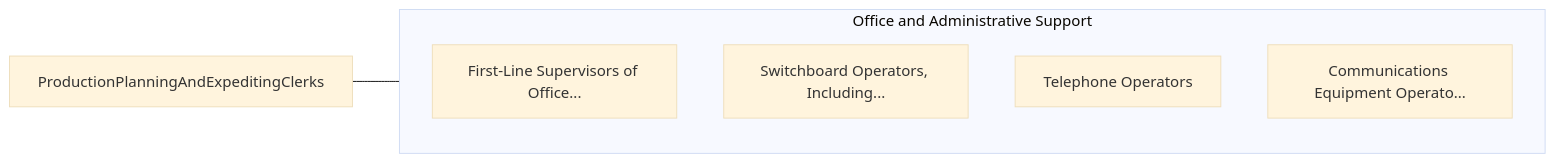
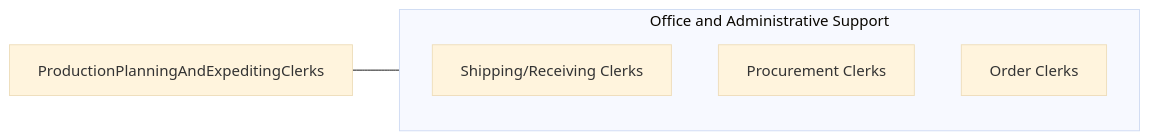
One commit to kziemski/business.org.ai changed the third of 3 diagrams in occupations/Administrative/ProductionPlanningAndExpeditingClerks.mdx. Above: the diagram before and after it, drawn with Mermaid (base theme). The commit also changed other lines of this file and 938 other files, not shown here.

````diff
--- a/occupations/Administrative/ProductionPlanningAndExpeditingClerks.mdx
+++ b/occupations/Administrative/ProductionPlanningAndExpeditingClerks.mdx
@@ -110,13 +100,10 @@
 ```mermaid
 graph LR
     Current["ProductionPlanningAndExpeditingClerks"]
-
     subgraph SameCategory["Office and Administrative Support"]
-        FirstLineSupervisors["First-Line Supervisors of Office..."]
-        SwitchboardOperators["Switchboard Operators, Including..."]
-        TelephoneOperators["Telephone Operators"]
-        CommunicationsEquipm["Communications Equipment Operato..."]
+        RShippingClerks["Shipping/Receiving Clerks"]
+        RProcurementClerks["Procurement Clerks"]
+        ROrderClerks["Order Clerks"]
     end
-
     Current --- SameCategory
 ```
````
